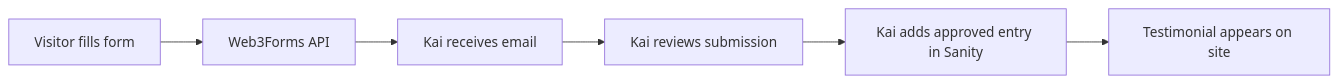
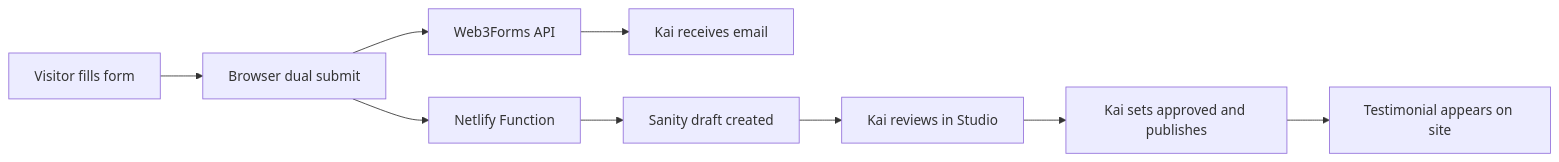
The diagram in docs/WEB3FORMS-SETUP.md (jj-javascript/Youniverses), drawn with Mermaid before and after one commit. The commit also changed other lines of this file and 25 other files, not shown here.

Commit message:
form submit flow/hooks + new form mobile submit

````diff
--- a/docs/WEB3FORMS-SETUP.md
+++ b/docs/WEB3FORMS-SETUP.md
@@ -33,8 +35,11 @@
 ```mermaid
 flowchart LR
-    visitor[Visitor fills form] --> web3forms[Web3Forms API]
+    visitor[Visitor fills form] --> dual[Browser dual submit]
+    dual --> web3forms[Web3Forms API]
+    dual --> netlify[Netlify Function]
     web3forms --> email[Kai receives email]
-    email --> review[Kai reviews submission]
-    review --> sanity[Kai adds approved entry in Sanity]
-    sanity --> site[Testimonial appears on site]
+    netlify --> sanityDraft[Sanity draft created]
+    sanityDraft --> review[Kai reviews in Studio]
+    review --> publish[Kai sets approved and publishes]
+    publish --> site[Testimonial appears on site]
 ```
````
